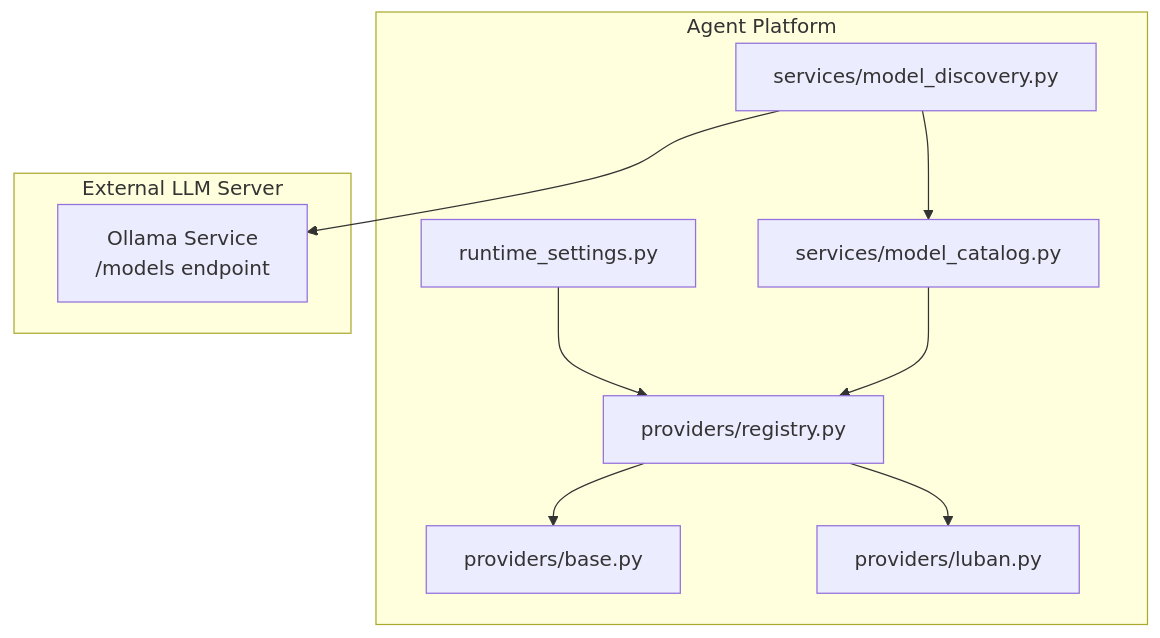
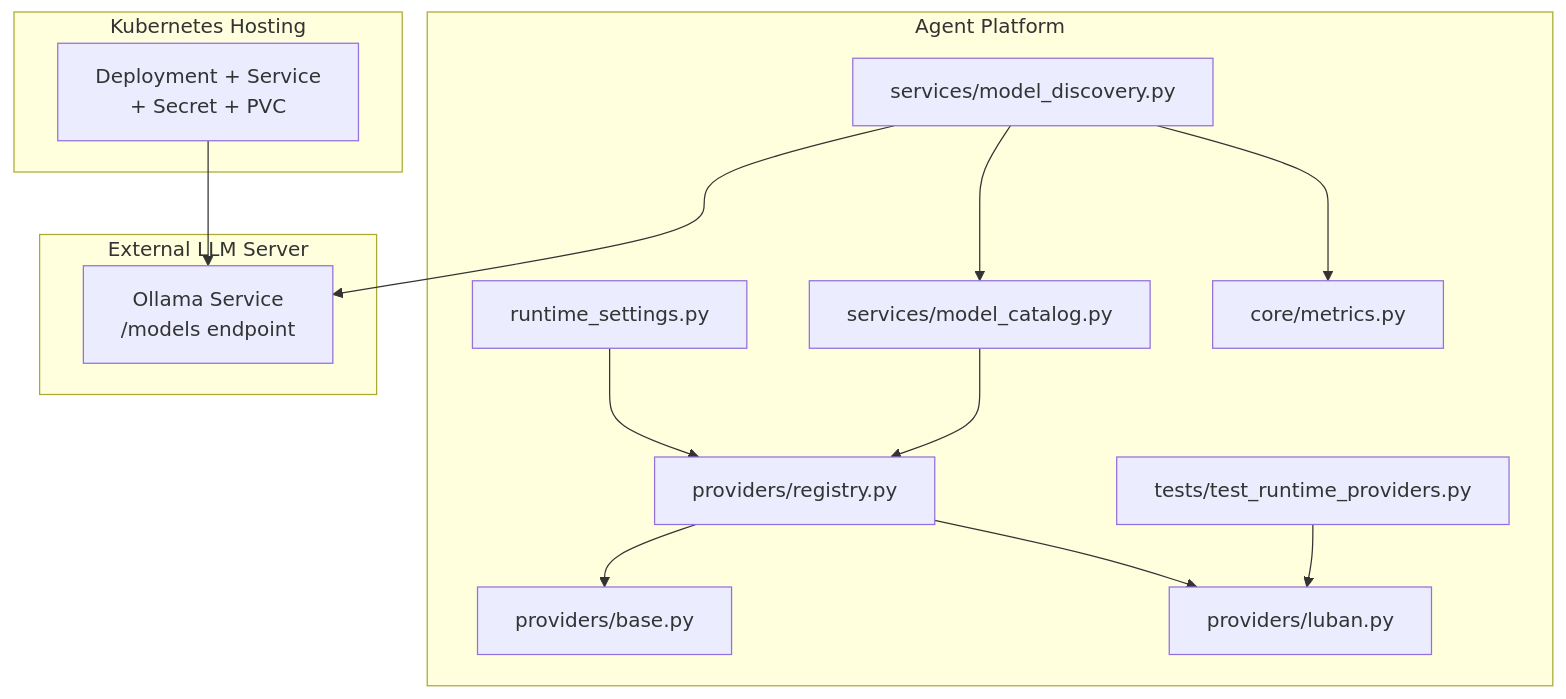
Before and after one commit to metasync/luban-aiops: the first of 8 diagrams in .qoder/repowiki/en/content/Architecture Documentation/SPEC-028_ Luban Runtime Provider.md, drawn with Mermaid. The commit also changed other lines of this file and 16 other files, not shown here.

````diff
--- a/.qoder/repowiki/en/content/Architecture Documentation/SPEC-028_ Luban Runtime Provider.md
+++ b/.qoder/repowiki/en/content/Architecture Documentation/SPEC-028_ Luban Runtime Provider.md
@@ -52,20 +68,28 @@
 ```mermaid
 graph TB
 subgraph "Agent Platform"
 RS["runtime_settings.py"]
 REG["providers/registry.py"]
 BASE["providers/base.py"]
 LUBAN["providers/luban.py"]
 CATALOG["services/model_catalog.py"]
 DISC["services/model_discovery.py"]
+TESTS["tests/test_runtime_providers.py"]
+METRICS["core/metrics.py"]
 end
 subgraph "External LLM Server"
 OLLAMA["Ollama Service<br/>/models endpoint"]
+end
+subgraph "Kubernetes Hosting"
+DEPLOY["Deployment + Service<br/>+ Secret + PVC"]
 end
 RS --> REG
 REG --> BASE
 REG --> LUBAN
 CATALOG --> REG
 DISC --> CATALOG
 DISC --> OLLAMA
+DISC --> METRICS
+TESTS --> LUBAN
+DEPLOY --> OLLAMA
 ```
````
